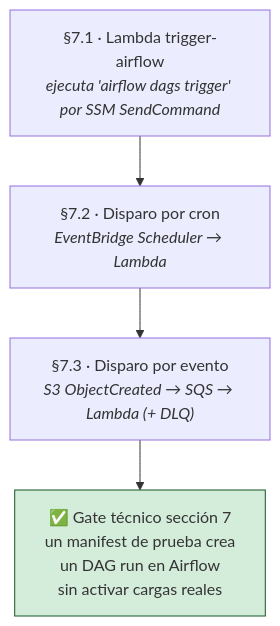
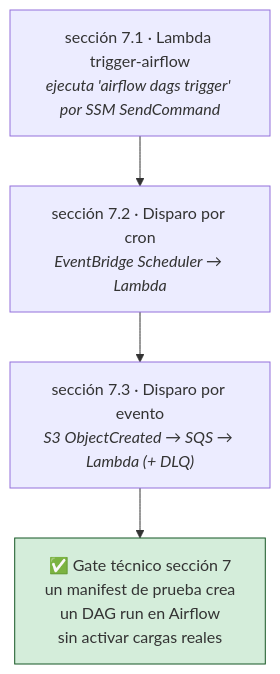
Before and after one commit to abantodca/pyspark_stack: the fifth of 10 diagrams in docs/02-produccion-aws-terraform.md, drawn with Mermaid. The commit also changed other lines of this file and 1 other file, not shown here.

````diff
--- a/docs/02-produccion-aws-terraform.md
+++ b/docs/02-produccion-aws-terraform.md
@@ -4429,11 +4426,11 @@
 ```mermaid
 flowchart TD
-    O1["§7.1 · Lambda trigger-airflow<br/><i>ejecuta 'airflow dags trigger' por SSM SendCommand</i>"]
-    O2["§7.2 · Disparo por cron<br/><i>EventBridge Scheduler → Lambda</i>"]
-    O3["§7.3 · Disparo por evento<br/><i>S3 ObjectCreated → SQS → Lambda (+ DLQ)</i>"]
+    O1["sección 7.1 · Lambda trigger-airflow<br/><i>ejecuta 'airflow dags trigger' por SSM SendCommand</i>"]
+    O2["sección 7.2 · Disparo por cron<br/><i>EventBridge Scheduler → Lambda</i>"]
+    O3["sección 7.3 · Disparo por evento<br/><i>S3 ObjectCreated → SQS → Lambda (+ DLQ)</i>"]
     GATE["✅ Gate técnico sección 7<br/>un manifest de prueba crea<br/>un DAG run en Airflow<br/>sin activar cargas reales"]
 
     O1 --> O2 --> O3 --> GATE
 
     style GATE fill:#d4edda,stroke:#155724
 ```
````
